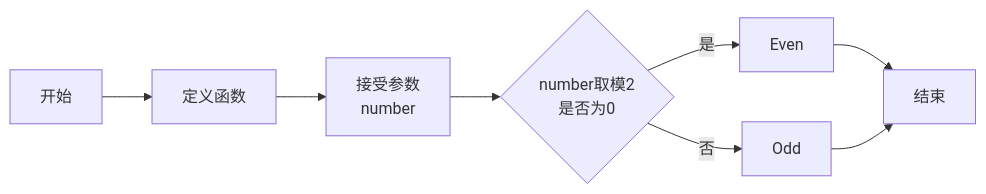
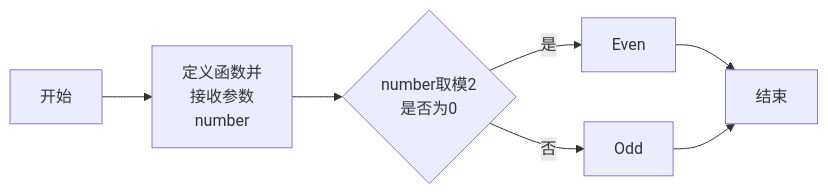
One commit to RonaWhite/python changed the third of 3 diagrams in experiment2.md. Above: the diagram before and after it, drawn with Mermaid.

Commit message:
experiment2

````diff
--- a/experiment2.md
+++ b/experiment2.md
@@ -519,12 +519,12 @@
 ```mermaid
 flowchart LR
-    A[开始] --> B[定义函数]
-    B --> C[接受参数
+    A[开始] --> B[定义函数并
+    接收参数
     number]
-    C --> D{number取模2
+    B --> C{number取模2
     是否为0}
-    D --> |是| E[Even]
-    D --> |否| F[Odd]
-    E --> G[结束]
-    F --> G
+    C --> |是| D[Even]
+    D --> E[结束]
+    C --> |否| F[Odd]
+    F --> E
 ```
````
